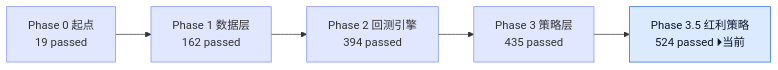
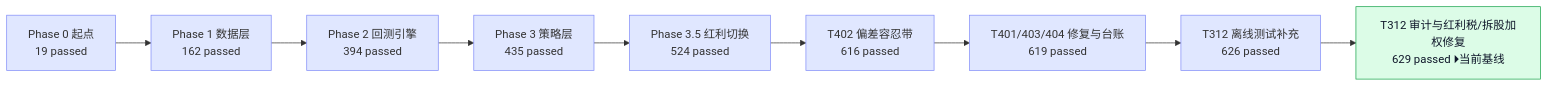
Before and after one commit to YZml1507/FinAI2.0: the fifth of 6 diagrams in docs/project_status_flowchart.md, drawn with Mermaid. The commit also changed other lines of this file and 24 other files, not shown here.

````diff
--- a/docs/project_status_flowchart.md
+++ b/docs/project_status_flowchart.md
@@ -84,12 +101,20 @@
 ```mermaid
 flowchart LR
-  B0[Phase 0 起点<br/>19 passed] --> B1[Phase 1 数据层<br/>162 passed]
-  B1 --> B2[Phase 2 回测引擎<br/>394 passed]
-  B2 --> B3[Phase 3 策略层<br/>435 passed]
-  B3 --> B35[Phase 3.5 红利策略<br/>524 passed ⏵当前]
+  B0["Phase 0 起点<br/>19 passed"] --> B1["Phase 1 数据层<br/>162 passed"]
+  B1 --> B2["Phase 2 回测引擎<br/>394 passed"]
+  B2 --> B3["Phase 3 策略层<br/>435 passed"]
+  B3 --> B35["Phase 3.5 红利切换<br/>524 passed"]
+  B35 --> B402["T402 偏差容忍带<br/>616 passed"]
+  B402 --> B404["T401/403/404 修复与台账<br/>619 passed"]
+  B404 --> B312_OLD["T312 离线测试补充<br/>626 passed"]
+  B312_OLD --> B312_NOW["T312 审计与红利税/拆股加权修复<br/>629 passed ⏵当前基线"]
   style B0 fill:#e0e7ff,stroke:#818cf8
   style B1 fill:#e0e7ff,stroke:#818cf8
   style B2 fill:#e0e7ff,stroke:#818cf8
   style B3 fill:#e0e7ff,stroke:#818cf8
-  style B35 fill:#dbeafe,stroke:#2563eb,color:#0f172a
+  style B35 fill:#e0e7ff,stroke:#818cf8
+  style B402 fill:#e0e7ff,stroke:#818cf8
+  style B404 fill:#e0e7ff,stroke:#818cf8
+  style B312_OLD fill:#e0e7ff,stroke:#818cf8
+  style B312_NOW fill:#dcfce7,stroke:#16a34a,color:#0f172a
 ```
````
